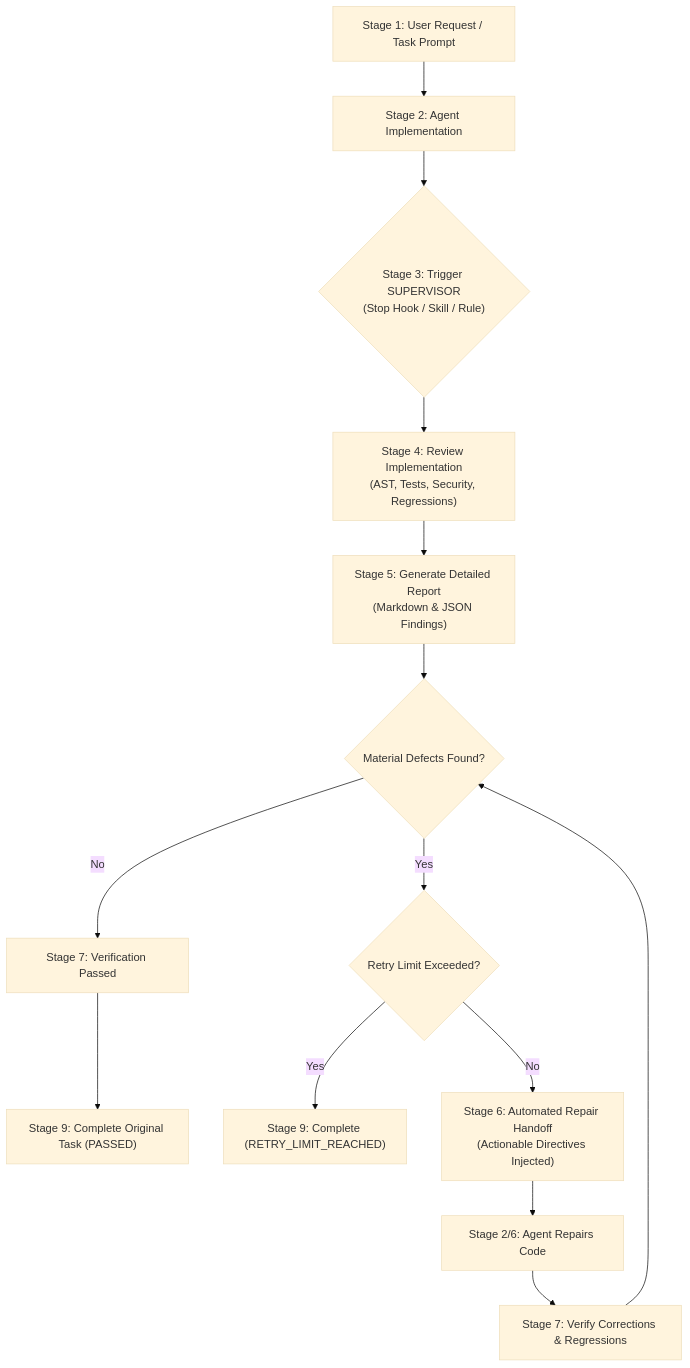
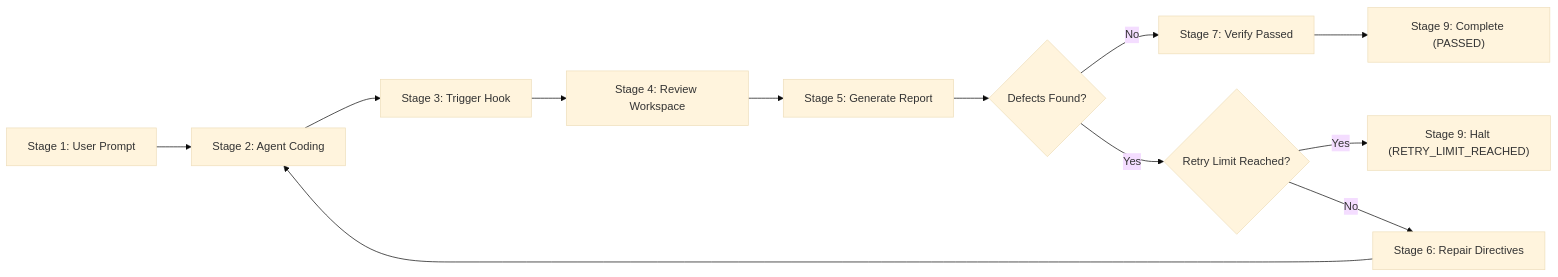
One commit to boredom198/SUPERVISOR changed the second of 2 diagrams in README.md. Above: the diagram before and after it, drawn with Mermaid (base theme). The commit also changed other lines of this file and 6 other files, not shown here.

````diff
--- a/README.md
+++ b/README.md
@@ -13,16 +119,14 @@
 ```mermaid
-flowchart TD
-    User["Stage 1: User Request / Task Prompt"] --> Agent["Stage 2: Agent Implementation"]
-    Agent --> Trigger{"Stage 3: Trigger SUPERVISOR<br/>(Stop Hook / Skill / Rule)"}
-    Trigger --> Review["Stage 4: Review Implementation<br/>(AST, Tests, Security, Regressions)"]
-    Review --> Report["Stage 5: Generate Detailed Report<br/>(Markdown & JSON Findings)"]
-    Report --> Decision{"Material Defects Found?"}
-    Decision -- No --> VerifyPass["Stage 7: Verification Passed"]
-    VerifyPass --> Complete["Stage 9: Complete Original Task (PASSED)"]
-    Decision -- Yes --> RetryCheck{"Retry Limit Exceeded?"}
-    RetryCheck -- Yes --> StopLimit["Stage 9: Complete (RETRY_LIMIT_REACHED)"]
-    RetryCheck -- No --> Handoff["Stage 6: Automated Repair Handoff<br/>(Actionable Directives Injected)"]
-    Handoff --> Repair["Stage 2/6: Agent Repairs Code"]
-    Repair --> Verify["Stage 7: Verify Corrections & Regressions"]
-    Verify --> Decision
+flowchart LR
+    S1["Stage 1: User Prompt"] --> S2["Stage 2: Agent Coding"]
+    S2 --> S3["Stage 3: Trigger Hook"]
+    S3 --> S4["Stage 4: Review Workspace"]
+    S4 --> S5["Stage 5: Generate Report"]
+    S5 --> S6{"Defects Found?"}
+    S6 -- No --> S7["Stage 7: Verify Passed"]
+    S7 --> S9Pass["Stage 9: Complete (PASSED)"]
+    S6 -- Yes --> S6Check{"Retry Limit Reached?"}
+    S6Check -- Yes --> S9Limit["Stage 9: Halt (RETRY_LIMIT_REACHED)"]
+    S6Check -- No --> S6Handoff["Stage 6: Repair Directives"]
+    S6Handoff --> S2
 ```
````
